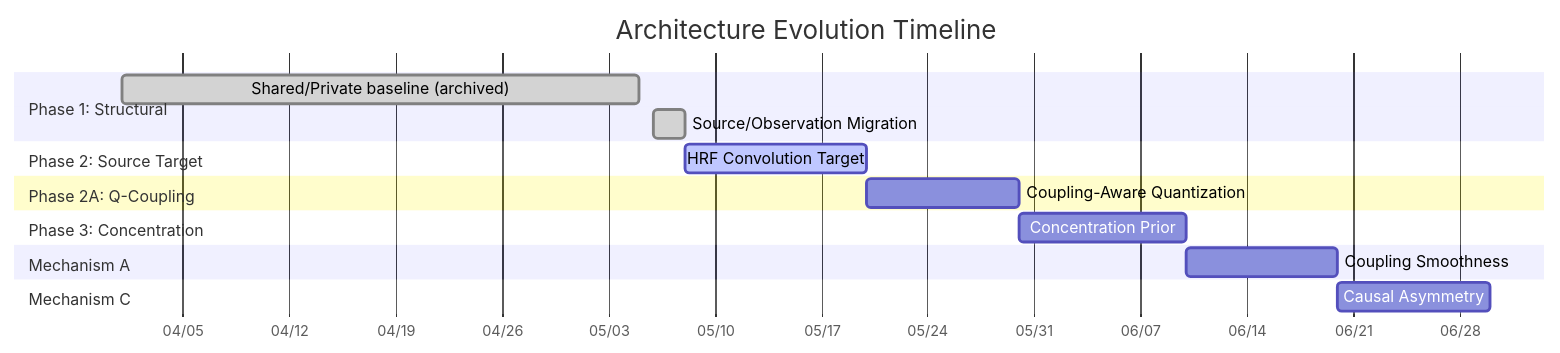
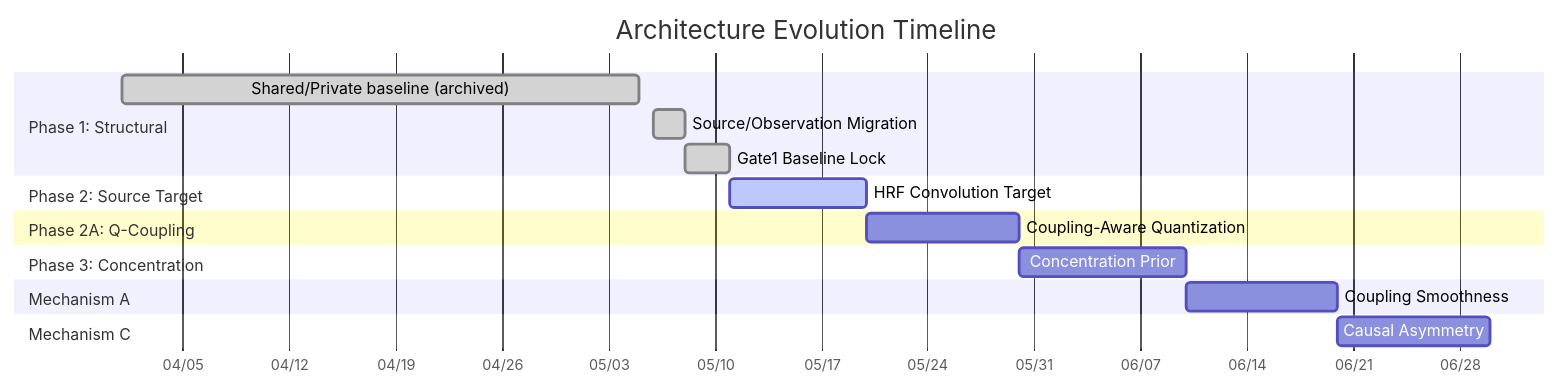
Before and after one commit to Kevin65536/PID-MCM: the diagram in docs/architecture_changelog/INDEX.md, drawn with Mermaid. The commit also changed other lines of this file and 6 other files, not shown here.

````diff
--- a/docs/architecture_changelog/INDEX.md
+++ b/docs/architecture_changelog/INDEX.md
@@ -11,19 +11,20 @@
 ```mermaid
 gantt
     title Architecture Evolution Timeline
     dateFormat  YYYY-MM-DD
     axisFormat  %m/%d
     section Phase 1: Structural
         Shared/Private baseline (archived) :done, 2026-04-01, 2026-05-05
         Source/Observation Migration      :done, 2026-05-06, 2026-05-08
+        Gate1 Baseline Lock               :done, 2026-05-08, 2026-05-11
     section Phase 2: Source Target
-        HRF Convolution Target            :active, 2026-05-08, 2026-05-20
+        HRF Convolution Target            :active, 2026-05-11, 2026-05-20
     section Phase 2A: Q-Coupling
         Coupling-Aware Quantization       :      2026-05-20, 2026-05-30
     section Phase 3: Concentration
         Concentration Prior               :      2026-05-30, 2026-06-10
     section Mechanism A
         Coupling Smoothness               :      2026-06-10, 2026-06-20
     section Mechanism C
         Causal Asymmetry                  :      2026-06-20, 2026-06-30
 ```
````
